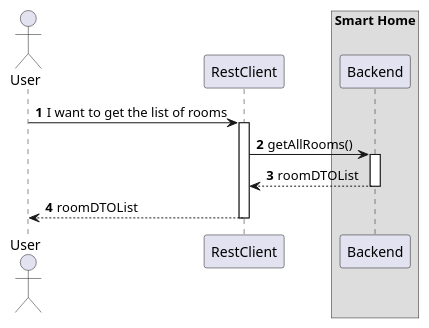
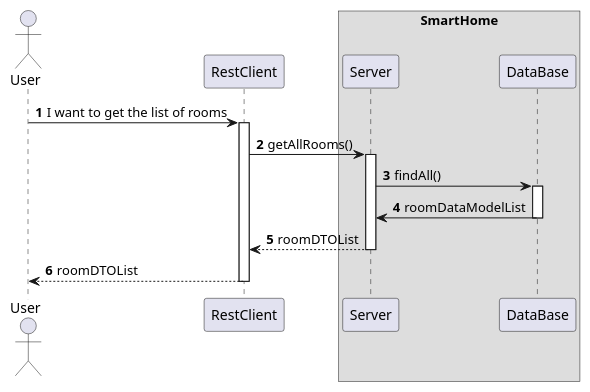
Before and after one commit to olivDiogo/SmartHome: the diagram in docs/ooa/C4_4plus1_models/Level2/ProcessView/ProcessViewLevel2_UC03.puml, drawn with PlantUML. The commit also changed 119 other files, not shown here.

Commit message:
docs: added Process View diagrams for UC16 (US37) - #490

```diff
--- a/docs/ooa/C4_4plus1_models/Level2/ProcessView/ProcessViewLevel2_UC03.puml
+++ b/docs/ooa/C4_4plus1_models/Level2/ProcessView/ProcessViewLevel2_UC03.puml
@@ -1,26 +1,34 @@
 @startuml
 'https://plantuml.com/sequence-diagram
 !pragma layout smetana
 
 autonumber
 
 actor "User" as User
 participant "RestClient" as RC
-box "Smart Home"
-    participant "Backend" as BE
+
+box "SmartHome"
+    participant "Server" as SV
+    participant "DataBase" as BD
 end box
-
-
 
 User -> RC : I want to get the list of rooms
 activate RC
 
-RC -> BE : getAllRooms()
-activate BE
+RC -> SV : getAllRooms()
+activate SV
 
-BE --> RC : roomDTOList
-deactivate BE
+SV -> BD : findAll()
+activate BD
+
+BD -> SV : roomDataModelList
+deactivate BD
+
+SV --> RC : roomDTOList
+deactivate SV
 
 RC --> User : roomDTOList
 deactivate RC
+
+
 @enduml
```
